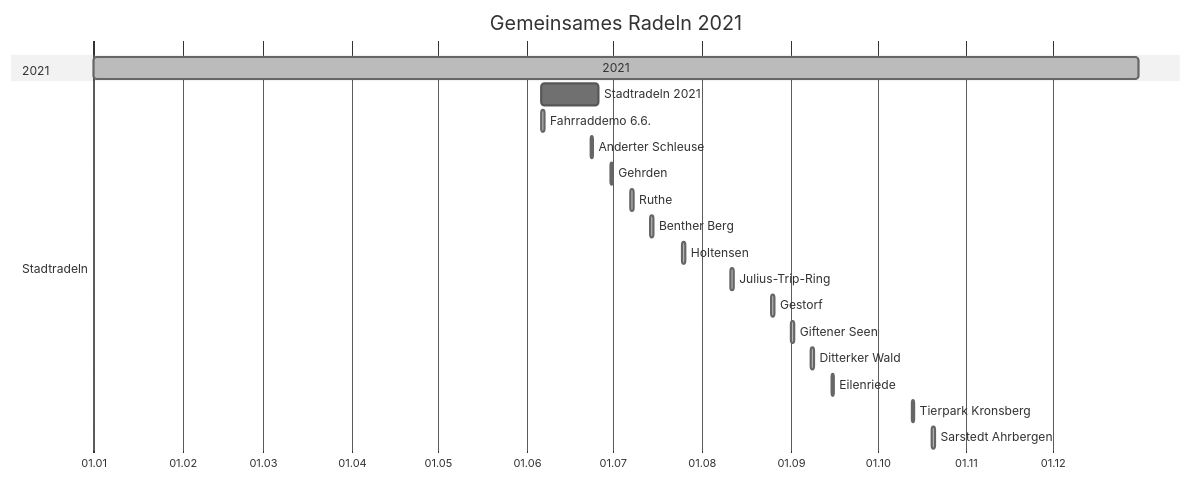
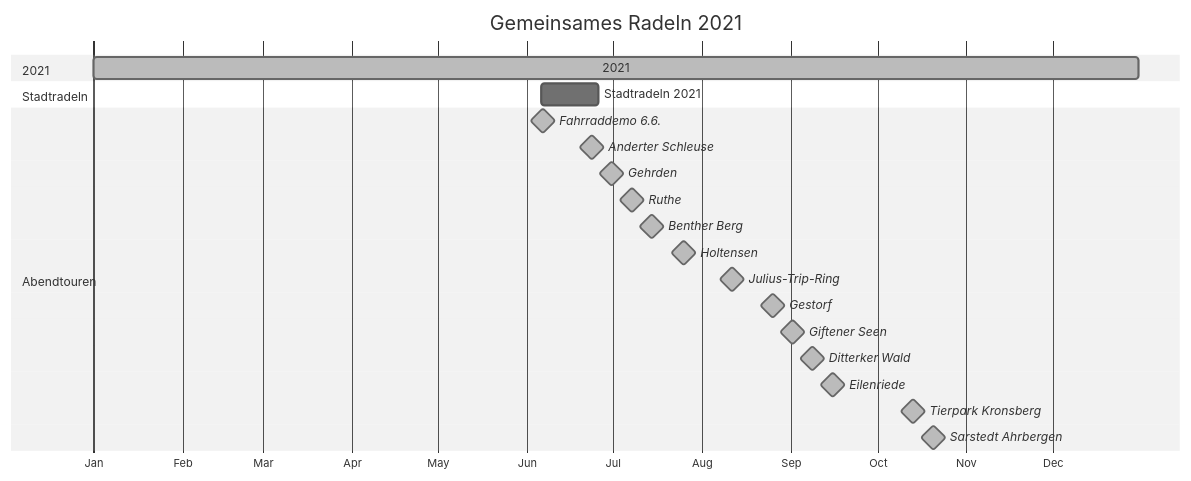
The second of 3 diagrams in index.md (adfc-hemmingen-pattensen/adfc-hemmingen-pattensen.github.io), drawn with Mermaid (neutral theme) before and after one commit. The commit also changed other lines of this file and 1 other file, not shown here.

````diff
--- a/index.md
+++ b/index.md
@@ -252,25 +277,26 @@
 ``` mermaid
 gantt
 dateFormat  YYYY-MM-DD
 title Gemeinsames Radeln 2021
-axisFormat  %d.%m
+axisFormat  %b
 
 section 2021
 2021: done, 2021-01-01, 2021-12-31
 section Stadtradeln
 Stadtradeln 2021:  2021-06-06, 2021-06-26
-Fahrraddemo 6.6.:  done, 2021-06-06, 1d
-Anderter Schleuse: done, 2021-06-23, 1d
-Gehrden:           done, 2021-06-30, 1d
-Ruthe:             done, 2021-07-07, 1d
-Benther Berg:      done, 2021-07-14, 1d
-Holtensen:         done, 2021-07-25, 1d
-Julius-Trip-Ring:  done, 2021-08-11, 1d
-Gestorf:           done, 2021-08-25, 1d
-Giftener Seen:     done, 2021-09-01, 1d
-Ditterker Wald: done, 2021-09-08, 1d
-Eilenriede: done, 2021-09-15, 1d
-Tierpark Kronsberg: done, 2021-10-13, 1d
-Sarstedt Ahrbergen: done, 2021-10-20, 1d
+section Abendtouren
+Fahrraddemo 6.6.:   milestone, done, 2021-06-06, 1d
+Anderter Schleuse:  milestone, done, 2021-06-23, 1d
+Gehrden:            milestone, done, 2021-06-30, 1d
+Ruthe:              milestone, done, 2021-07-07, 1d
+Benther Berg:       milestone, done, 2021-07-14, 1d
+Holtensen:          milestone, done, 2021-07-25, 1d
+Julius-Trip-Ring:   milestone, done, 2021-08-11, 1d
+Gestorf:            milestone, done, 2021-08-25, 1d
+Giftener Seen:      milestone, done, 2021-09-01, 1d
+Ditterker Wald:     milestone, done, 2021-09-08, 1d
+Eilenriede:         milestone, done, 2021-09-15, 1d
+Tierpark Kronsberg: milestone, done, 2021-10-13, 1d
+Sarstedt Ahrbergen: milestone, done, 2021-10-20, 1d
 
 ```
````
